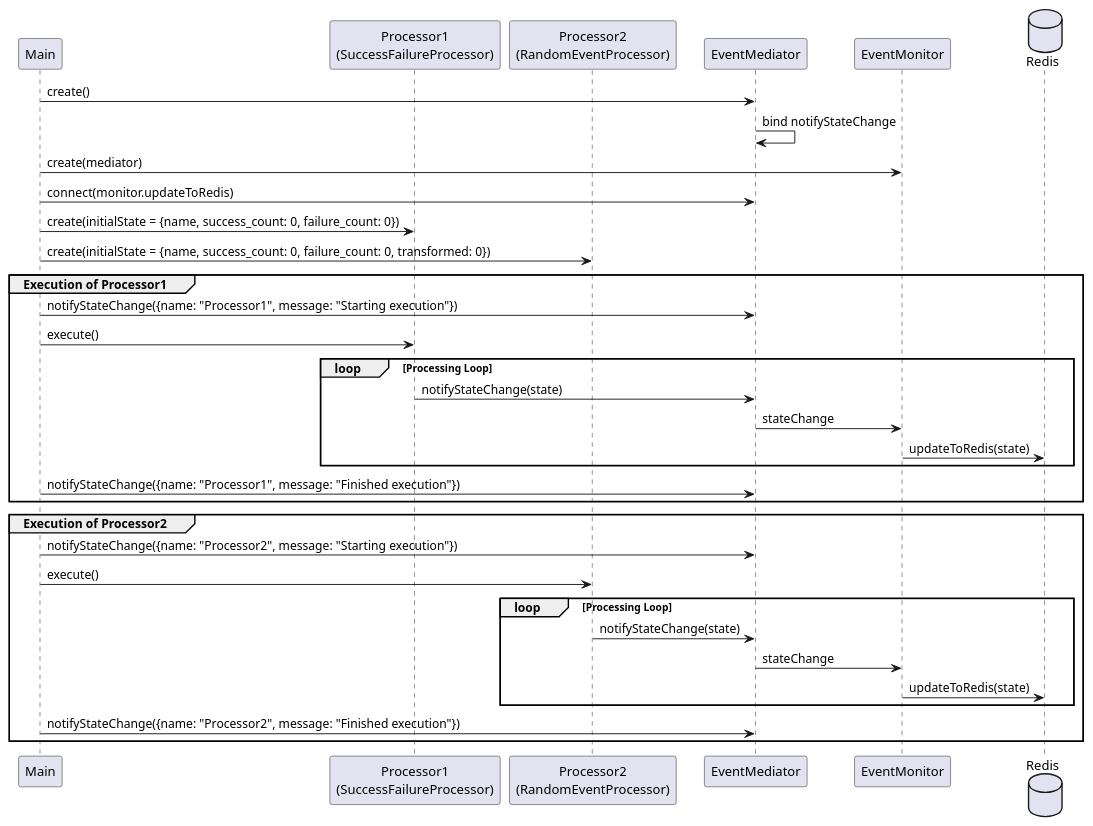
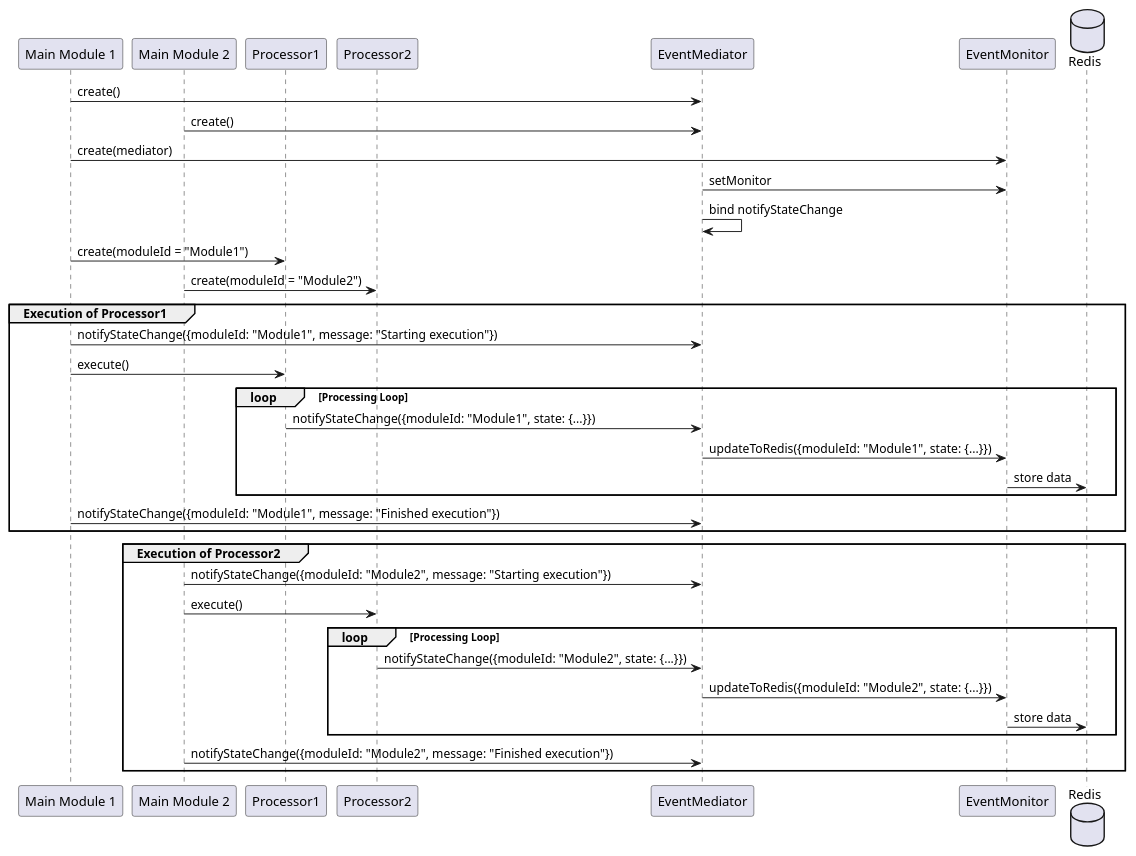
The diagram in design.puml (fstarsinic/whiteboard), drawn with PlantUML before and after one commit.

```diff
--- a/design.puml
+++ b/design.puml
@@ -1,40 +1,43 @@
 @startuml
 
-participant Main
-participant SuccessFailureProcessor as "Processor1\n(SuccessFailureProcessor)"
-participant RandomEventProcessor as "Processor2\n(RandomEventProcessor)"
+participant Main1 as "Main Module 1"
+participant Main2 as "Main Module 2"
+participant SuccessFailureProcessor as "Processor1"
+participant RandomEventProcessor as "Processor2"
 participant EventMediator
 participant EventMonitor
 database Redis
 
-Main -> EventMediator : create()
+Main1 -> EventMediator : create()
+Main2 -> EventMediator : create()
+
+Main1 -> EventMonitor : create(mediator)
+EventMediator -> EventMonitor : setMonitor
 EventMediator -> EventMediator : bind notifyStateChange
-Main -> EventMonitor : create(mediator)
-Main -> EventMediator : connect(monitor.updateToRedis)
 
-Main -> SuccessFailureProcessor : create(initialState = {name, success_count: 0, failure_count: 0})
-Main -> RandomEventProcessor : create(initialState = {name, success_count: 0, failure_count: 0, transformed: 0})
+Main1 -> SuccessFailureProcessor : create(moduleId = "Module1")
+Main2 -> RandomEventProcessor : create(moduleId = "Module2")
 
 group Execution of Processor1
-    Main -> EventMediator : notifyStateChange({name: "Processor1", message: "Starting execution"})
-    Main -> SuccessFailureProcessor : execute()
+    Main1 -> EventMediator : notifyStateChange({moduleId: "Module1", message: "Starting execution"})
+    Main1 -> SuccessFailureProcessor : execute()
     loop Processing Loop
-        SuccessFailureProcessor -> EventMediator : notifyStateChange(state)
-        EventMediator -> EventMonitor : stateChange
-        EventMonitor -> Redis : updateToRedis(state)
+        SuccessFailureProcessor -> EventMediator : notifyStateChange({moduleId: "Module1", state: {...}})
+        EventMediator -> EventMonitor : updateToRedis({moduleId: "Module1", state: {...}})
+        EventMonitor -> Redis : store data
     end
-    Main -> EventMediator : notifyStateChange({name: "Processor1", message: "Finished execution"})
+    Main1 -> EventMediator : notifyStateChange({moduleId: "Module1", message: "Finished execution"})
 end
 
 group Execution of Processor2
-    Main -> EventMediator : notifyStateChange({name: "Processor2", message: "Starting execution"})
-    Main -> RandomEventProcessor : execute()
+    Main2 -> EventMediator : notifyStateChange({moduleId: "Module2", message: "Starting execution"})
+    Main2 -> RandomEventProcessor : execute()
     loop Processing Loop
-        RandomEventProcessor -> EventMediator : notifyStateChange(state)
-        EventMediator -> EventMonitor : stateChange
-        EventMonitor -> Redis : updateToRedis(state)
+        RandomEventProcessor -> EventMediator : notifyStateChange({moduleId: "Module2", state: {...}})
+        EventMediator -> EventMonitor : updateToRedis({moduleId: "Module2", state: {...}})
+        EventMonitor -> Redis : store data
     end
-    Main -> EventMediator : notifyStateChange({name: "Processor2", message: "Finished execution"})
+    Main2 -> EventMediator : notifyStateChange({moduleId: "Module2", message: "Finished execution"})
 end
 
 @enduml
```
